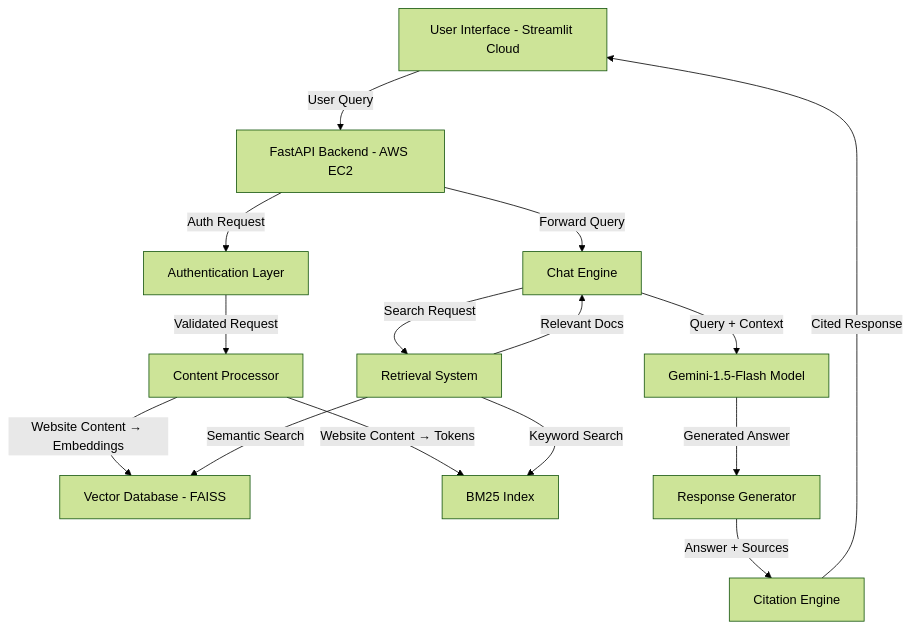
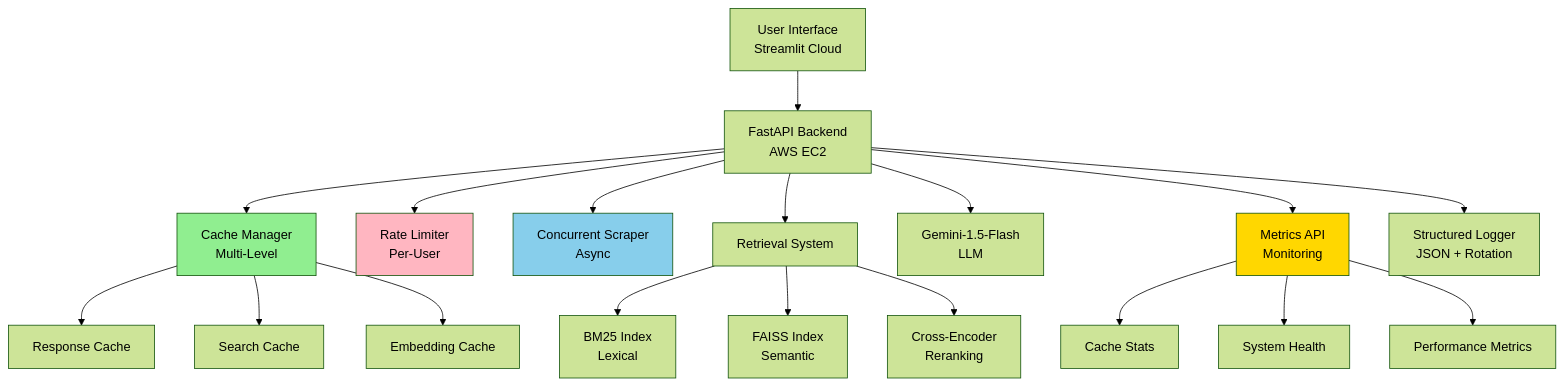
Before and after one commit to Balaji-itz-me/rag-knowledge-base: the diagram in README.md, drawn with Mermaid (forest theme). The commit also changed other lines of this file, not shown here.

````diff
--- a/README.md
+++ b/README.md
@@ -80,29 +153,30 @@
 ```mermaid
 graph TB
-    %% User Input & UI
-    A[User Interface - Streamlit Cloud] -- "User Query" --> B[FastAPI Backend - AWS EC2]
-
-    %% Backend & Auth
-    B -- "Auth Request" --> C[Authentication Layer]
-    C -- "Validated Request" --> D[Content Processor]
-
-    %% Content Processing
-    D -- "Website Content → Embeddings" --> E[Vector Database - FAISS]
-    D -- "Website Content → Tokens" --> F[BM25 Index]
-
-    %% Retrieval Flow
-    B -- "Forward Query" --> G[Chat Engine]
-    G -- "Search Request" --> H[Retrieval System]
-    H -- "Semantic Search" --> E
-    H -- "Keyword Search" --> F
-    H -- "Relevant Docs" --> G
-
-    %% LLM Integration
-    G -- "Query + Context" --> I[Gemini-1.5-Flash Model]
-    I -- "Generated Answer" --> J[Response Generator]
-    J -- "Answer + Sources" --> K[Citation Engine]
-
-    %% Final Response
-    K -- "Cited Response" --> A
-
+    A[User Interface<br/>Streamlit Cloud] --> B[FastAPI Backend<br/>AWS EC2]
+    B --> C[Cache Manager<br/>Multi-Level]
+    B --> D[Rate Limiter<br/>Per-User]
+    B --> E[Concurrent Scraper<br/>Async]
+    
+    C --> F[Response Cache]
+    C --> G[Search Cache]
+    C --> H[Embedding Cache]
+    
+    B --> I[Retrieval System]
+    I --> J[BM25 Index<br/>Lexical]
+    I --> K[FAISS Index<br/>Semantic]
+    I --> L[Cross-Encoder<br/>Reranking]
+    
+    B --> M[Gemini-1.5-Flash<br/>LLM]
+    B --> N[Metrics API<br/>Monitoring]
+    
+    N --> O[Cache Stats]
+    N --> P[System Health]
+    N --> Q[Performance Metrics]
+    
+    B --> R[Structured Logger<br/>JSON + Rotation]
+    
+    style C fill:#90EE90
+    style D fill:#FFB6C1
+    style E fill:#87CEEB
+    style N fill:#FFD700
 ```
````
